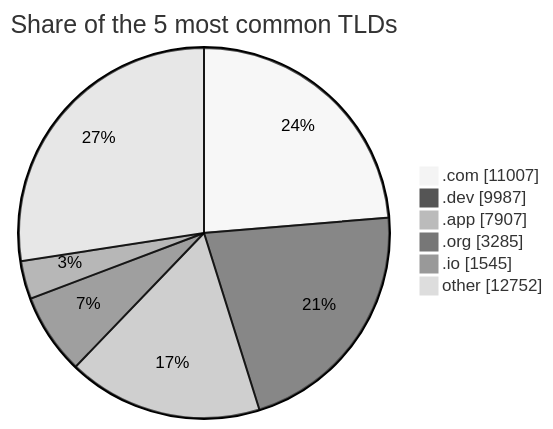
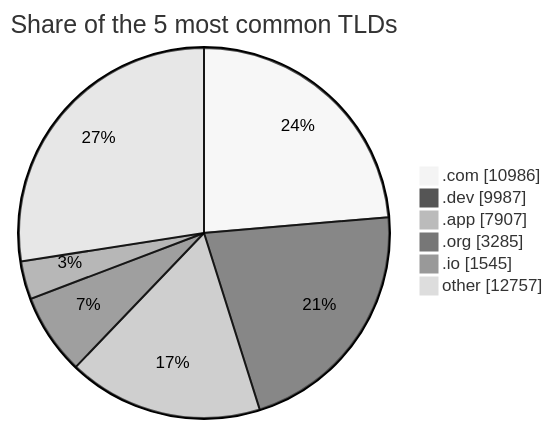
The third of 3 diagrams in README.md (DNSBunker/CTI), drawn with Mermaid (neutral theme) before and after one commit. The commit also changed other lines of this file and 3 other files, not shown here.

````diff
--- a/README.md
+++ b/README.md
@@ -81,9 +81,9 @@
 ```mermaid
 pie showData title Share of the 5 most common TLDs
-    ".com" : 11007
+    ".com" : 10986
     ".dev" : 9987
     ".app" : 7907
     ".org" : 3285
     ".io" : 1545
-    "other" : 12752
+    "other" : 12757
 ```
````
